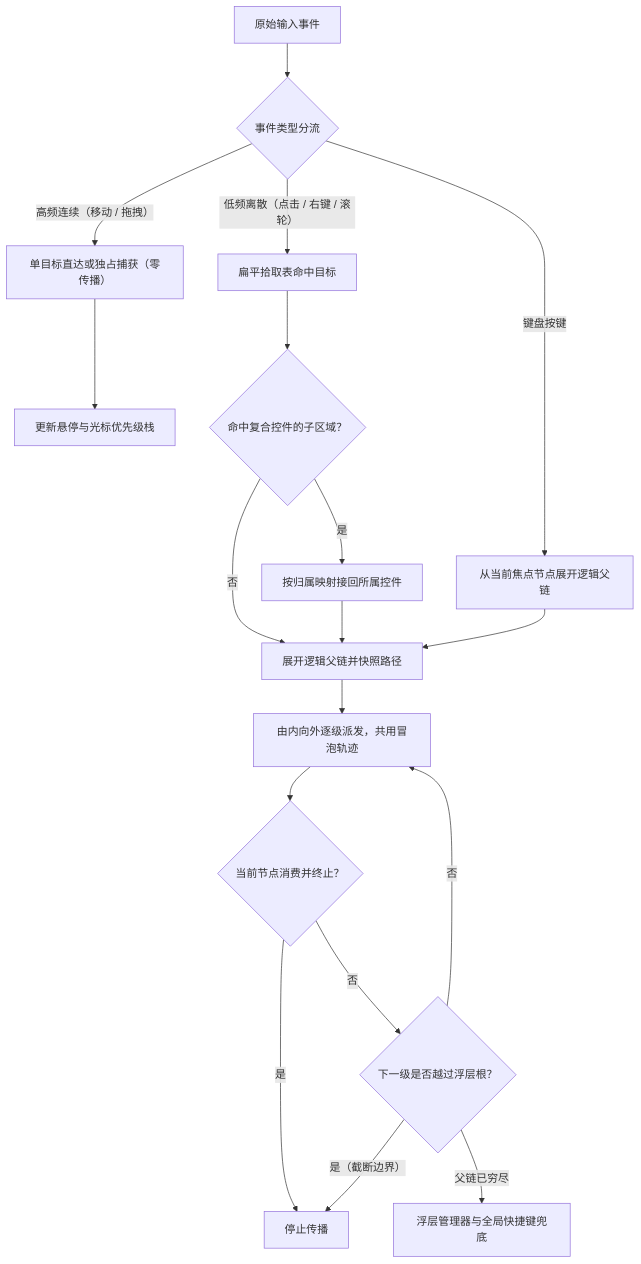
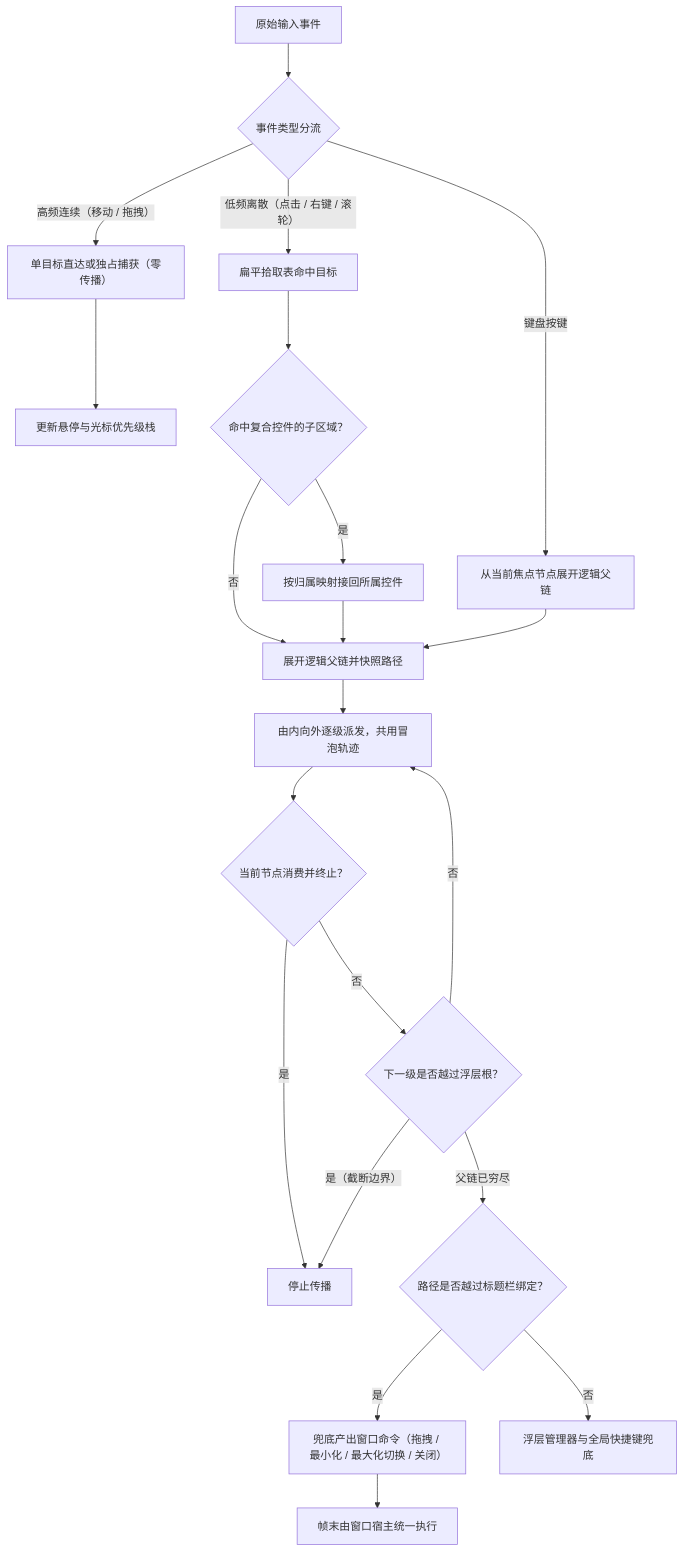
Before and after one commit to pengjiaxusz/unbound-ui: the diagram in docs/architecture/02-核心引擎（core-engine）/输入与事件冒泡（input-and-bubbling）.md, drawn with Mermaid. The commit also changed other lines of this file and 19 other files, not shown here.

````diff
--- a/docs/architecture/02-核心引擎（core-engine）/输入与事件冒泡（input-and-bubbling）.md
+++ b/docs/architecture/02-核心引擎（core-engine）/输入与事件冒泡（input-and-bubbling）.md
@@ -16,24 +17,27 @@
 ```mermaid
 flowchart TB
     Input["原始输入事件"] --> Type{"事件类型分流"}
 
     Type -- "高频连续（移动 / 拖拽）" --> Direct["单目标直达或独占捕获（零传播）"]
     Direct --> Cursor["更新悬停与光标优先级栈"]
 
     Type -- "低频离散（点击 / 右键 / 滚轮）" --> Pick["扁平拾取表命中目标"]
     Pick --> Owner{"命中复合控件的子区域？"}
     Owner -- "是" --> Attach["按归属映射接回所属控件"]
     Owner -- "否" --> Path["展开逻辑父链并快照路径"]
     Attach --> Path
 
     Type -- "键盘按键" --> Focus["从当前焦点节点展开逻辑父链"]
     Focus --> Path
 
     Path --> Bubble["由内向外逐级派发，共用冒泡轨迹"]
     Bubble --> Consumed{"当前节点消费并终止？"}
     Consumed -- "是" --> End["停止传播"]
     Consumed -- "否" --> Boundary{"下一级是否越过浮层根？"}
     Boundary -- "是（截断边界）" --> End
     Boundary -- "否" --> Bubble
-    Boundary -- "父链已穷尽" --> Global["浮层管理器与全局快捷键兜底"]
+    Boundary -- "父链已穷尽" --> Cross{"路径是否越过标题栏绑定？"}
+    Cross -- "是" --> Cmd["兜底产出窗口命令（拖拽 / 最小化 / 最大化切换 / 关闭）"]
+    Cmd --> Flush["帧末由窗口宿主统一执行"]
+    Cross -- "否" --> Global["浮层管理器与全局快捷键兜底"]
 ```
````
